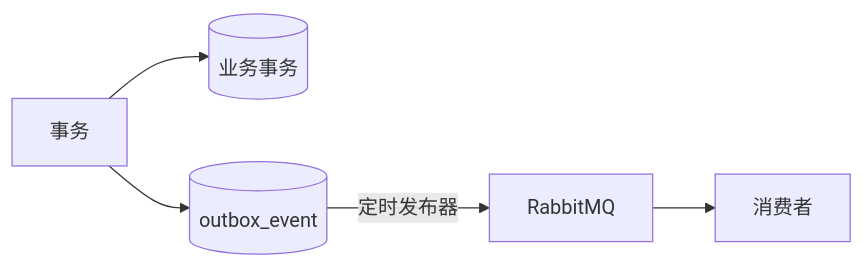
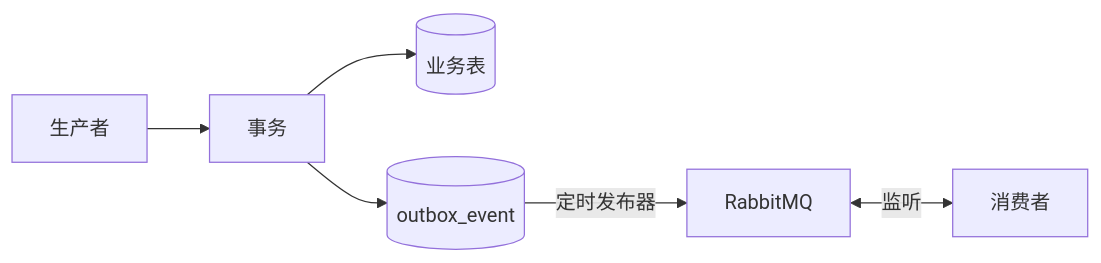
One commit to Nobeta-Work/faramita-bbs changed the second of 3 diagrams in docs/v0.5/v0.5.0 更新日志.md. Above: the diagram before and after it, drawn with Mermaid. The commit also changed other lines of this file and 41 other files, not shown here.

````diff
--- a/docs/v0.5/v0.5.0 更新日志.md
+++ b/docs/v0.5/v0.5.0 更新日志.md
@@ -96,5 +98,5 @@
 ```mermaid
 graph LR
-    事务 --> S[(业务事务)] & OE[(outbox_event)]
-    OE -->|定时发布器| RabbitMQ --> 消费者
+    生产者 --> 事务 --> S[(业务表)] & OE[(outbox_event)]
+    OE -->|定时发布器| RabbitMQ <-->|监听| 消费者
 ```
````
